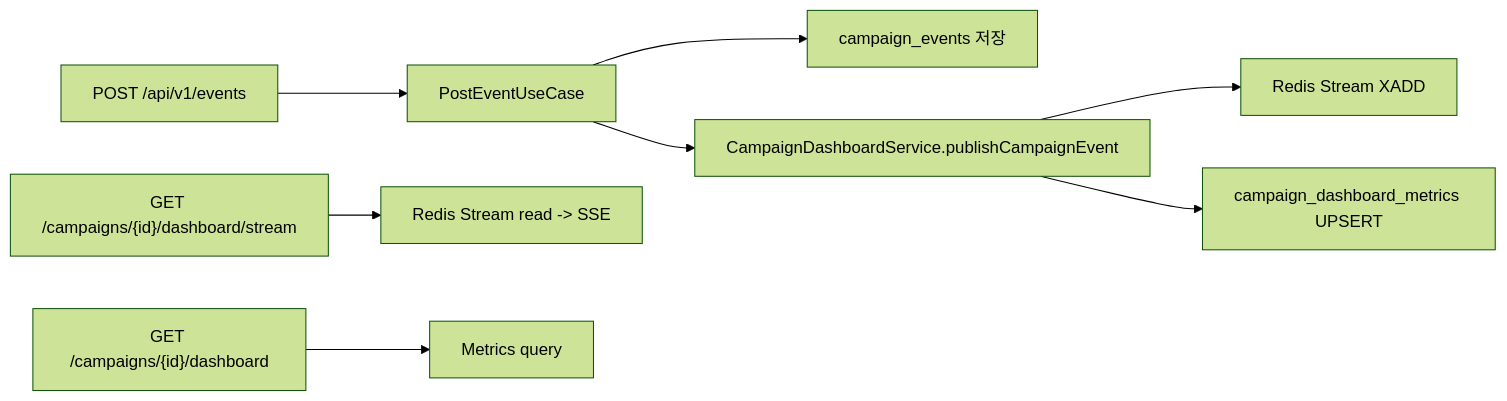
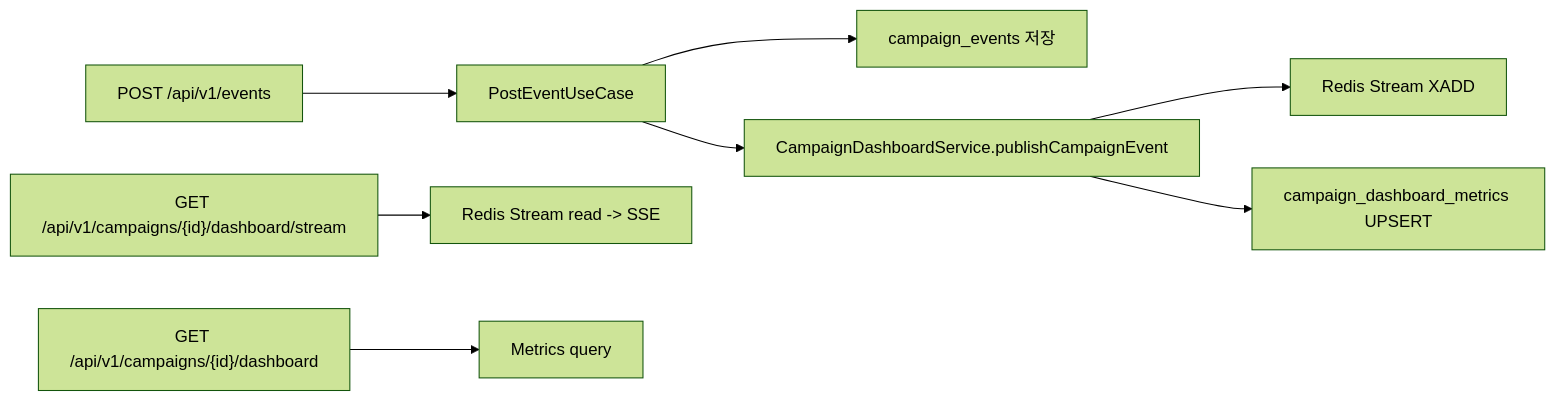
One commit to belljun3395/crm-project changed the diagram in docs/CAMPAIGN_DASHBOARD_IMPLEMENTATION.md. Above: the diagram before and after it, drawn with Mermaid (forest theme).

Commit message:
docs(campaign): align diagram endpoints with api prefix

````diff
--- a/docs/CAMPAIGN_DASHBOARD_IMPLEMENTATION.md
+++ b/docs/CAMPAIGN_DASHBOARD_IMPLEMENTATION.md
@@ -24,10 +24,10 @@
 ```mermaid
 graph LR
     A["POST /api/v1/events"] --> B["PostEventUseCase"]
     B --> C["campaign_events 저장"]
     B --> D["CampaignDashboardService.publishCampaignEvent"]
     D --> E["Redis Stream XADD"]
     D --> F["campaign_dashboard_metrics UPSERT"]
-    G["GET /campaigns/{id}/dashboard/stream"] --> H["Redis Stream read -> SSE"]
-    I["GET /campaigns/{id}/dashboard"] --> J["Metrics query"]
+    G["GET /api/v1/campaigns/{id}/dashboard/stream"] --> H["Redis Stream read -> SSE"]
+    I["GET /api/v1/campaigns/{id}/dashboard"] --> J["Metrics query"]
 ```
````
